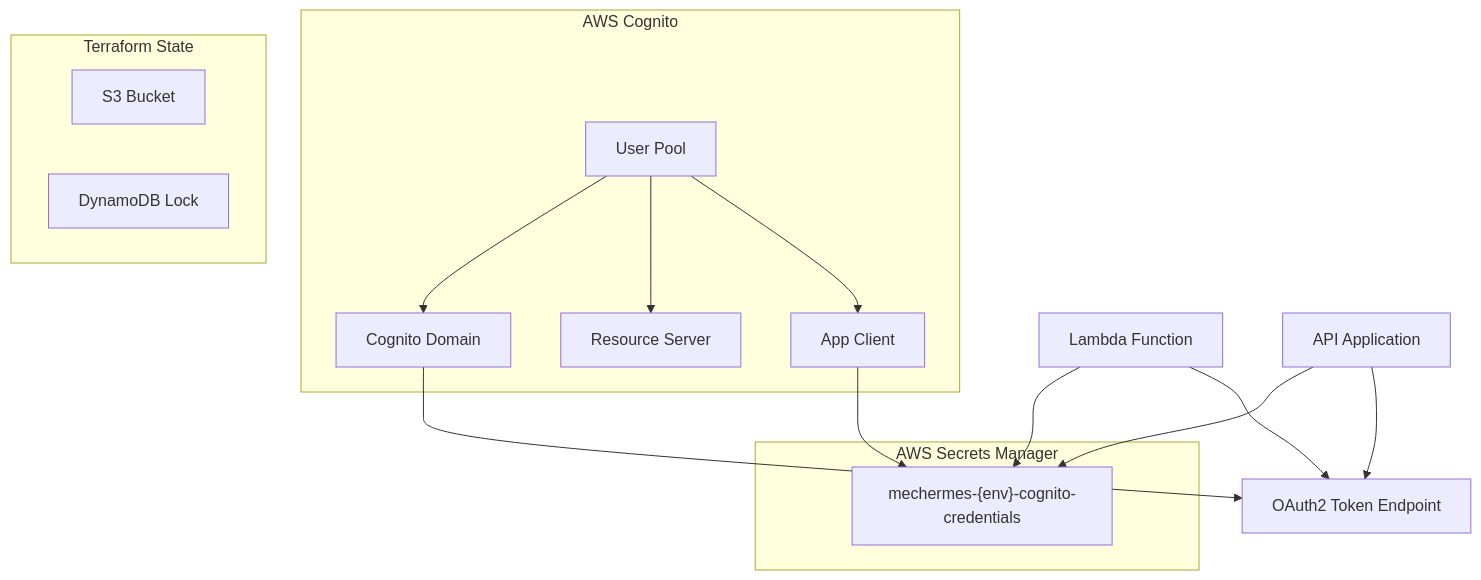
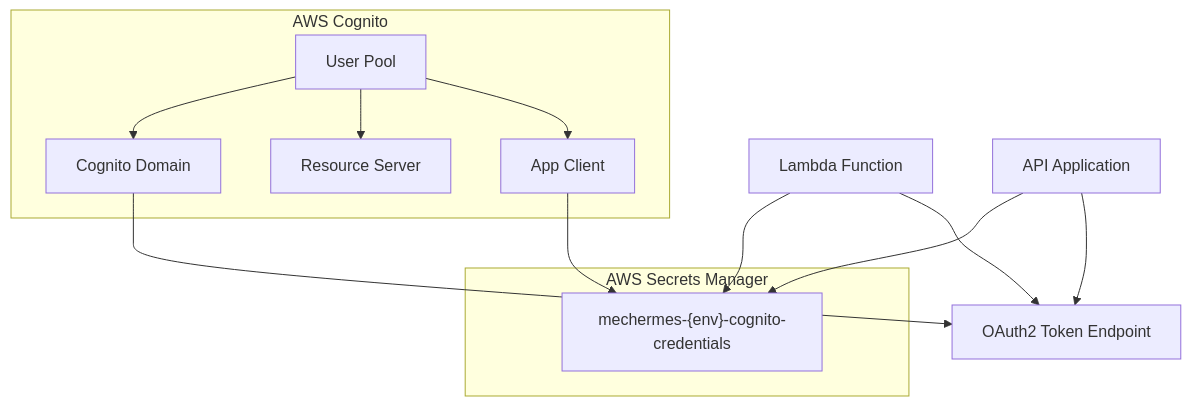
The diagram in cognito/README.md (fiap-challenge-13soat/mecanica-hermes-infra), drawn with Mermaid before and after one commit. The commit also changed other lines of this file and 84 other files, not shown here.

````diff
--- a/cognito/README.md
+++ b/cognito/README.md
@@ -43,30 +18,25 @@
 ```mermaid
 flowchart TB
     subgraph Cognito["AWS Cognito"]
         UP["User Pool"]
         RS["Resource Server"]
         Client["App Client"]
         Domain["Cognito Domain"]
     end
-    
+
     subgraph Secrets["AWS Secrets Manager"]
         Secret["mechermes-{env}-cognito-credentials"]
     end
-    
-    subgraph State["Terraform State"]
-        S3["S3 Bucket"]
-        DDB["DynamoDB Lock"]
-    end
-    
+
     UP --> Client
     UP --> RS
     UP --> Domain
     Client --> Secret
-    
+
     Domain --> TokenEndpoint["OAuth2 Token Endpoint"]
-    
+
     Lambda["Lambda Function"] --> TokenEndpoint
     Lambda --> Secret
     API["API Application"] --> TokenEndpoint
     API --> Secret
 ```
````
